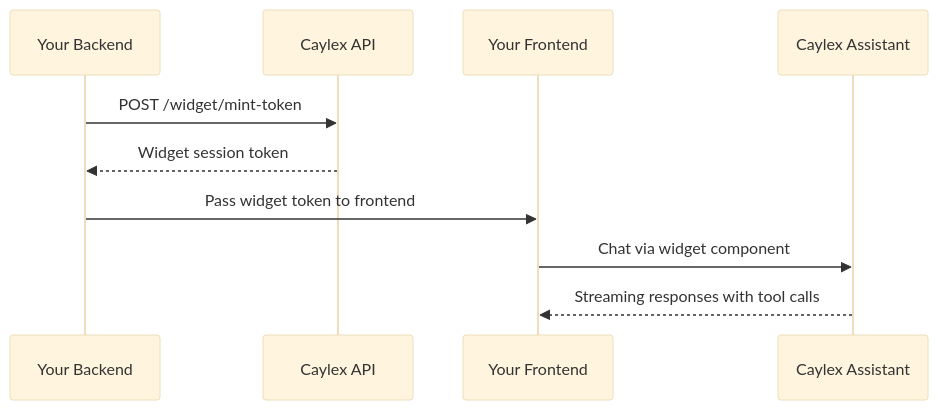
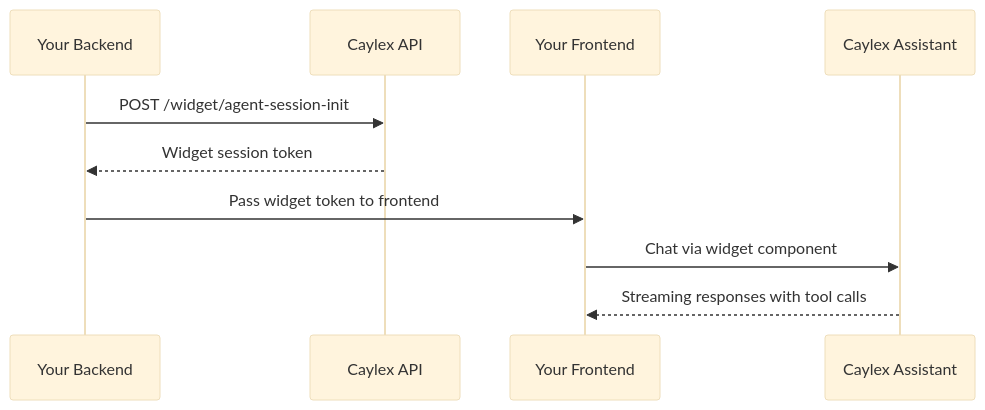
The diagram in widget/overview.mdx (caylex-ai/caylex-developer-docs), drawn with Mermaid (base theme) before and after one commit. The commit also changed other lines of this file and 3 other files, not shown here.

````diff
--- a/widget/overview.mdx
+++ b/widget/overview.mdx
@@ -22,13 +22,13 @@
 ```mermaid
 sequenceDiagram
     participant App as Your Backend
     participant Caylex as Caylex API
     participant Browser as Your Frontend
     participant Assistant as Caylex Assistant
 
-    App->>Caylex: POST /widget/mint-token
+    App->>Caylex: POST /widget/agent-session-init
     Caylex-->>App: Widget session token
     App->>Browser: Pass widget token to frontend
     Browser->>Assistant: Chat via widget component
     Assistant-->>Browser: Streaming responses with tool calls
 ```
````
